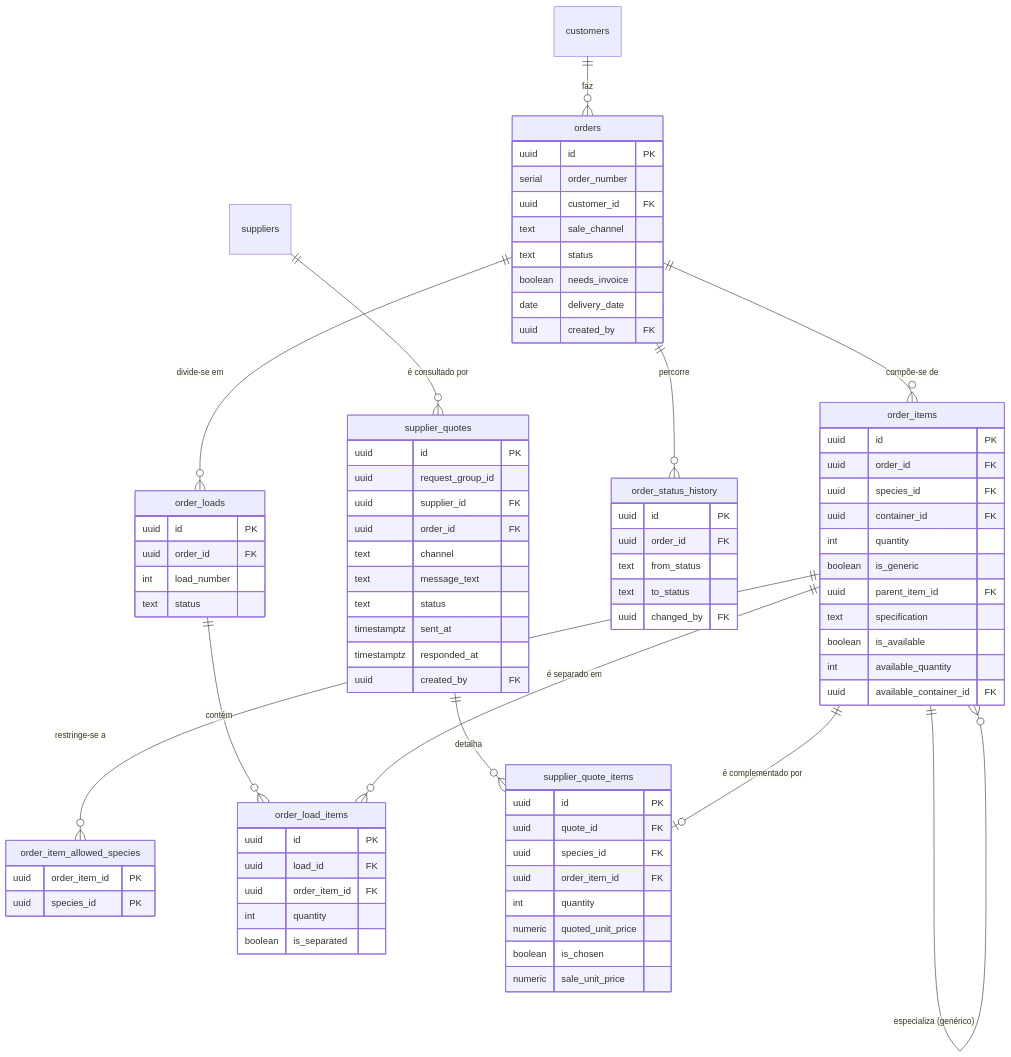
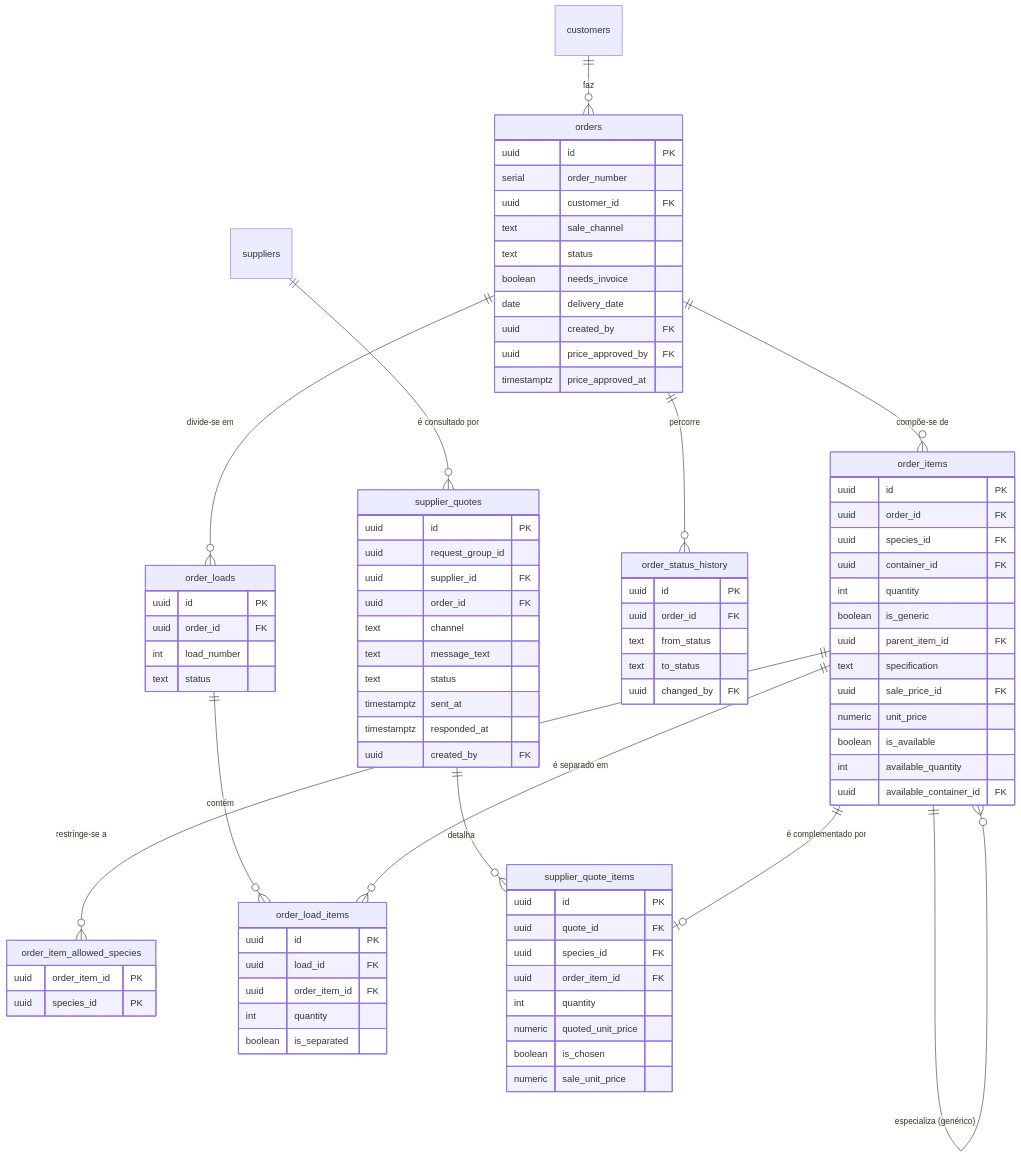
The fifth of 6 diagrams in docs/engenharia/C-modelagem/C6-modelo-entidade-relacionamento.md (JoaoMudar/mudar), drawn with Mermaid before and after one commit. The commit also changed other lines of this file and 19 other files, not shown here.

```diff
--- a/docs/engenharia/C-modelagem/C6-modelo-entidade-relacionamento.md
+++ b/docs/engenharia/C-modelagem/C6-modelo-entidade-relacionamento.md
@@ -504,6 +527,8 @@
     boolean needs_invoice
     date delivery_date
     uuid created_by FK
+    uuid price_approved_by FK
+    timestamptz price_approved_at
   }
   order_items {
     uuid id PK
@@ -514,6 +539,8 @@
     boolean is_generic
     uuid parent_item_id FK
     text specification
+    uuid sale_price_id FK
+    numeric unit_price
     boolean is_available
     int  available_quantity
     uuid available_container_id FK
```
